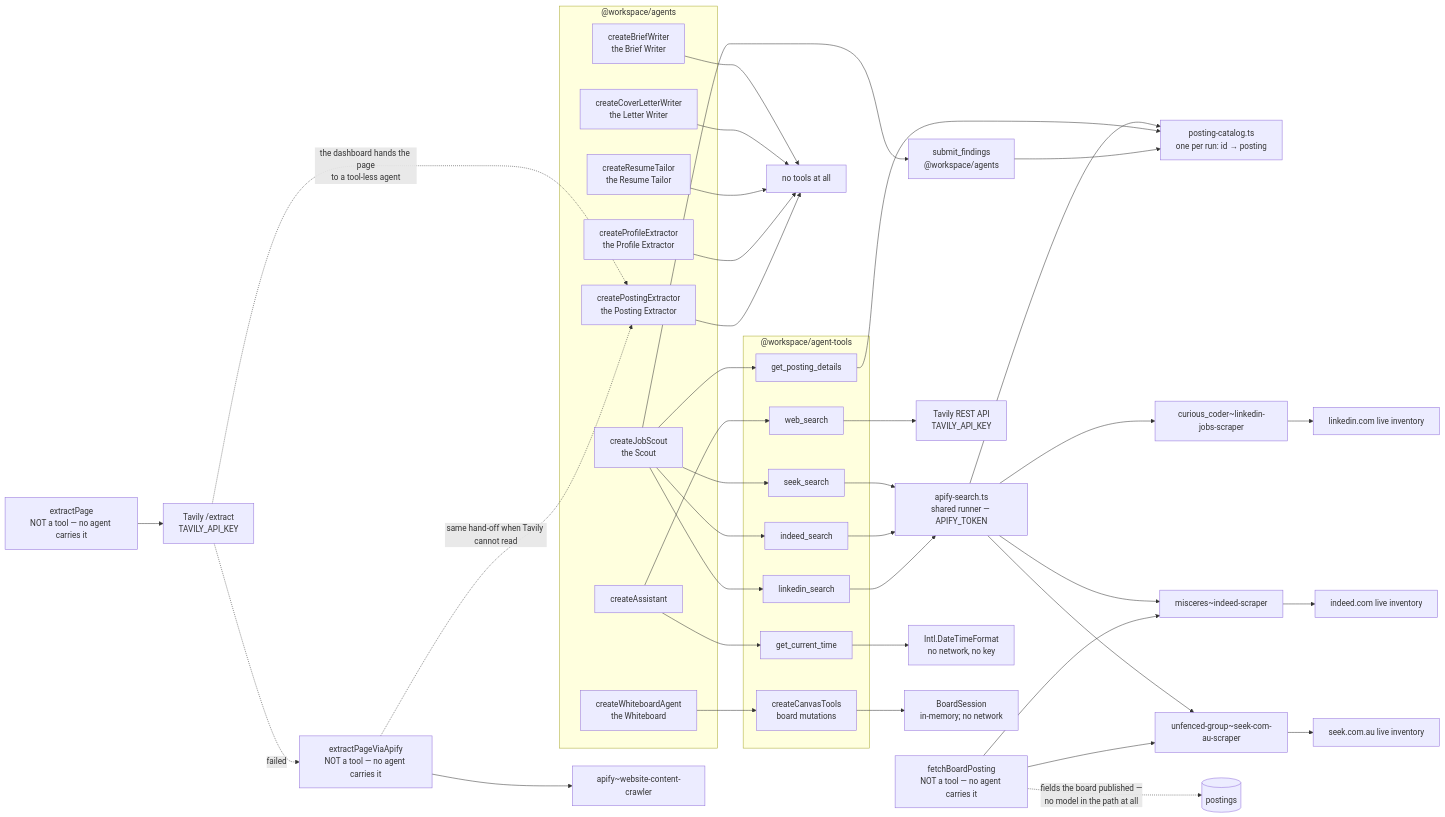
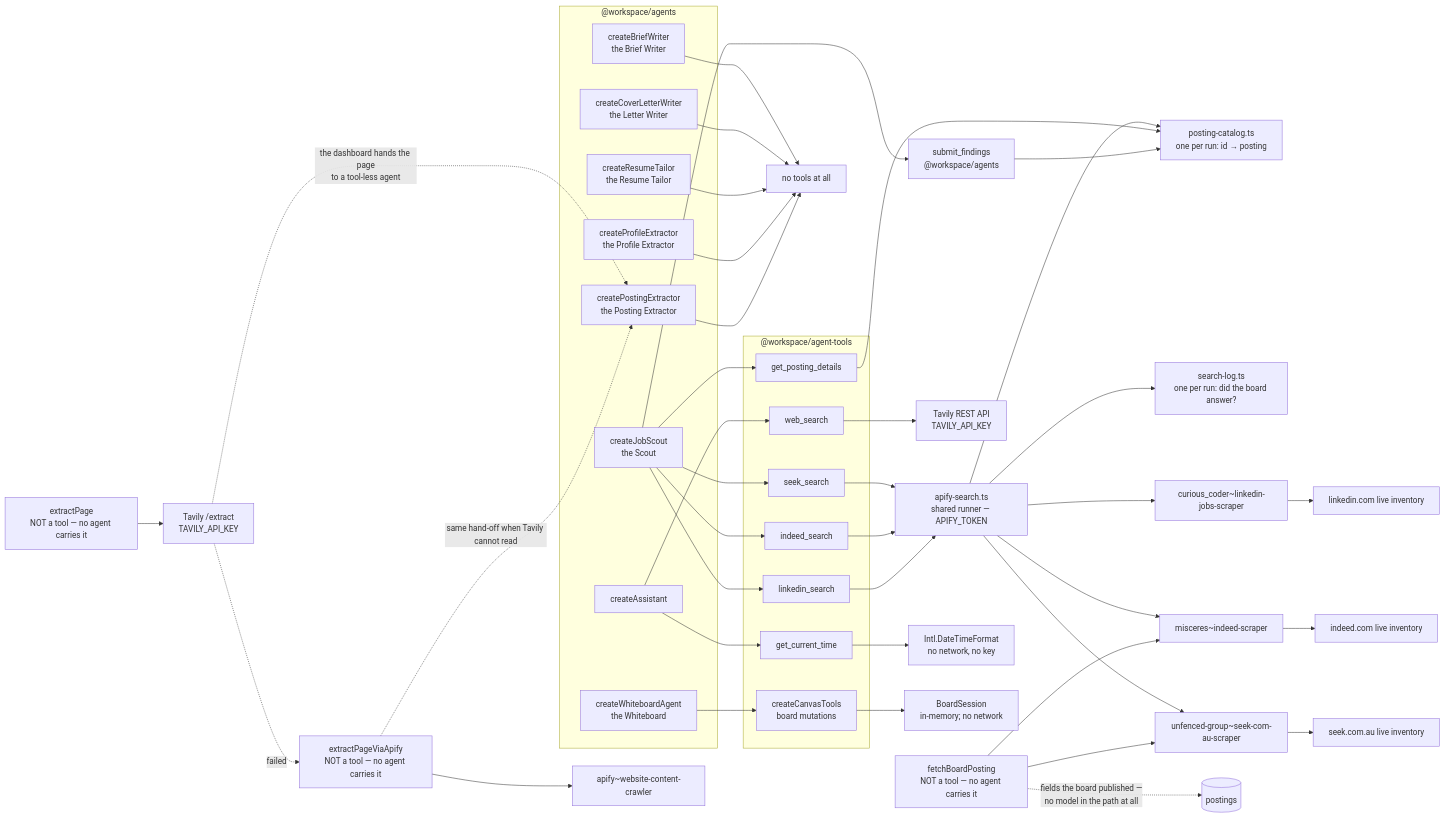
Before and after one commit to sunnyeyles/control-panel: the third of 5 diagrams in docs/agent-architecture.md, drawn with Mermaid. The commit also changed other lines of this file and 29 other files, not shown here.

````diff
--- a/docs/agent-architecture.md
+++ b/docs/agent-architecture.md
@@ -127,63 +127,64 @@
 ```mermaid
 flowchart LR
     subgraph named ["@workspace/agents"]
         SCOUT["createJobScout<br/>the Scout"]
         BW["createBriefWriter<br/>the Brief Writer"]
         CLW["createCoverLetterWriter<br/>the Letter Writer"]
         RT["createResumeTailor<br/>the Resume Tailor"]
         PE["createProfileExtractor<br/>the Profile Extractor"]
         PX["createPostingExtractor<br/>the Posting Extractor"]
         ASST["createAssistant"]
         WB["createWhiteboardAgent<br/>the Whiteboard"]
     end
 
     subgraph catalog ["@workspace/agent-tools"]
         SEEK["seek_search"]
         IND["indeed_search"]
         LI["linkedin_search"]
         DET["get_posting_details"]
         WEB["web_search"]
         TIME["get_current_time"]
         CANVAS["createCanvasTools<br/>board mutations"]
     end
 
     NONE["no tools at all"]
 
     SCOUT --> SEEK
     SCOUT --> IND
     SCOUT --> LI
     SCOUT --> DET
     SCOUT --> SUB["submit_findings<br/>@workspace/agents"]
     ASST --> WEB
     ASST --> TIME
     WB --> CANVAS
     BW --> NONE
     CLW --> NONE
     RT --> NONE
     PE --> NONE
     PX --> NONE
 
     SEEK --> RUN["apify-search.ts<br/>shared runner — APIFY_TOKEN"]
     IND --> RUN
     LI --> RUN
     RUN --> CAT["posting-catalog.ts<br/>one per run: id → posting"]
+    RUN --> SLOG["search-log.ts<br/>one per run: did the board answer?"]
     DET --> CAT
     SUB --> CAT
     RUN --> A1["unfenced-group~seek-com-au-scraper"]
     RUN --> A2["misceres~indeed-scraper"]
     RUN --> A3["curious_coder~linkedin-jobs-scraper"]
     A1 --> L1["seek.com.au live inventory"]
     A2 --> L2["indeed.com live inventory"]
     A3 --> L3["linkedin.com live inventory"]
     WEB --> TAV["Tavily REST API<br/>TAVILY_API_KEY"]
     FETCH["extractPage<br/>NOT a tool — no agent carries it"] --> TAVX["Tavily /extract<br/>TAVILY_API_KEY"]
     TAVX -.->|"failed"| FETCH2["extractPageViaApify<br/>NOT a tool — no agent carries it"]
     FETCH2 --> A4["apify~website-content-crawler"]
     TAVX -.->|"the dashboard hands the page<br/>to a tool-less agent"| PX
     FETCH2 -.->|"same hand-off when Tavily cannot read"| PX
     BFETCH["fetchBoardPosting<br/>NOT a tool — no agent carries it"] --> A1
     BFETCH --> A2
     BFETCH -.->|"fields the board published —<br/>no model in the path at all"| PTBL[("postings")]
     TIME --> INTL["Intl.DateTimeFormat<br/>no network, no key"]
     CANVAS --> BOARD["BoardSession<br/>in-memory; no network"]
 ```
````
